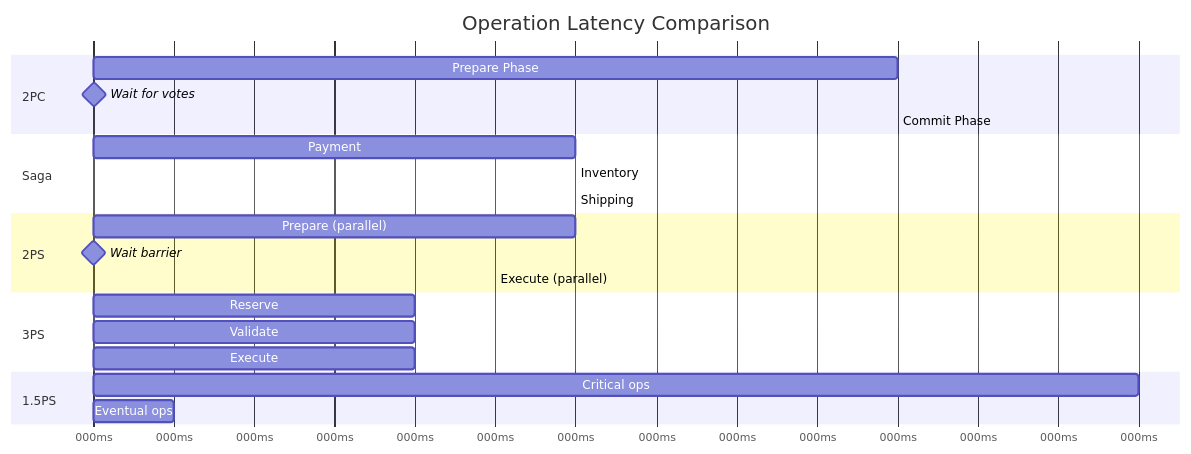
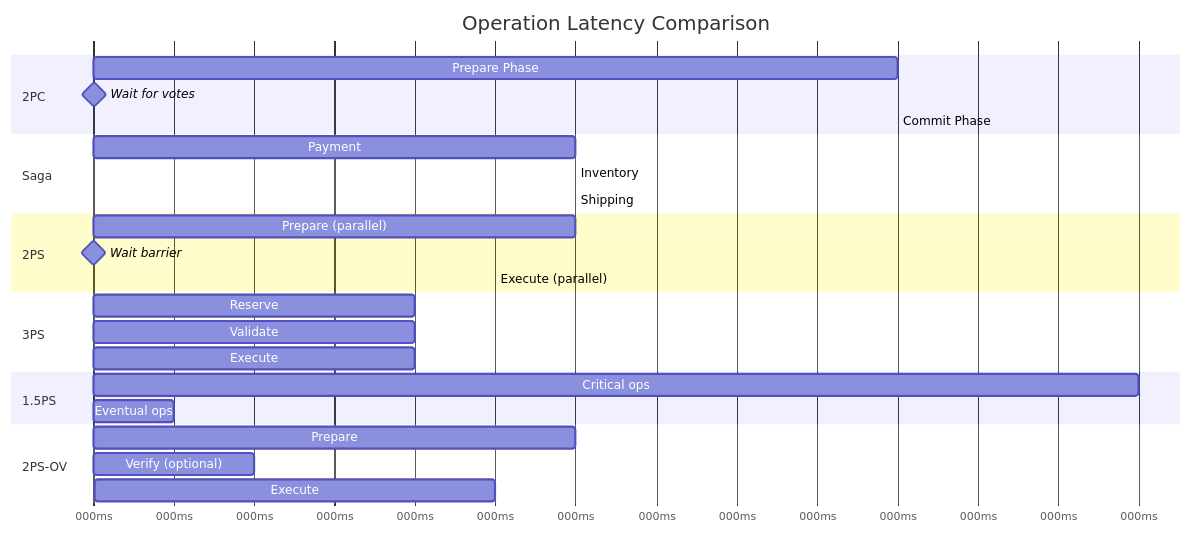
Before and after one commit to ha1tch/dxp: diagram 21 of 23 in doc/dxp-03-sequence-diagrams.md, drawn with Mermaid. The commit also changed other lines of this file and 6 other files, not shown here.

````diff
--- a/doc/dxp-03-sequence-diagrams.md
+++ b/doc/dxp-03-sequence-diagrams.md
@@ -486,30 +859,35 @@
 ```mermaid
 gantt
     title Operation Latency Comparison
     dateFormat X
     axisFormat %Lms
     
     section 2PC
     Prepare Phase     :2pc1, 0, 50
     Wait for votes    :milestone, 50, 0
     Commit Phase      :2pc2, after 2pc1, 50
     
     section Saga
     Payment          :saga1, 0, 30
     Inventory        :saga2, after saga1, 30
     Shipping         :saga3, after saga2, 30
     
     section 2PS
     Prepare (parallel) :2ps1, 0, 30
     Wait barrier      :milestone, 30, 0
     Execute (parallel) :2ps2, after 2ps1, 25
     
     section 3PS
     Reserve          :3ps1, 0, 20
     Validate         :3ps2, 15, 20
     Execute          :3ps3, 30, 20
     
     section 1.5PS
     Critical ops     :15ps1, 0, 65
     Eventual ops     :15ps2, 0, 5
+    
+    section 2PS-OV
+    Prepare          :2psov1, 0, 30
+    Verify (optional) :2psov2, 30, 10
+    Execute          :2psov3, 40, 25
 ```
````
